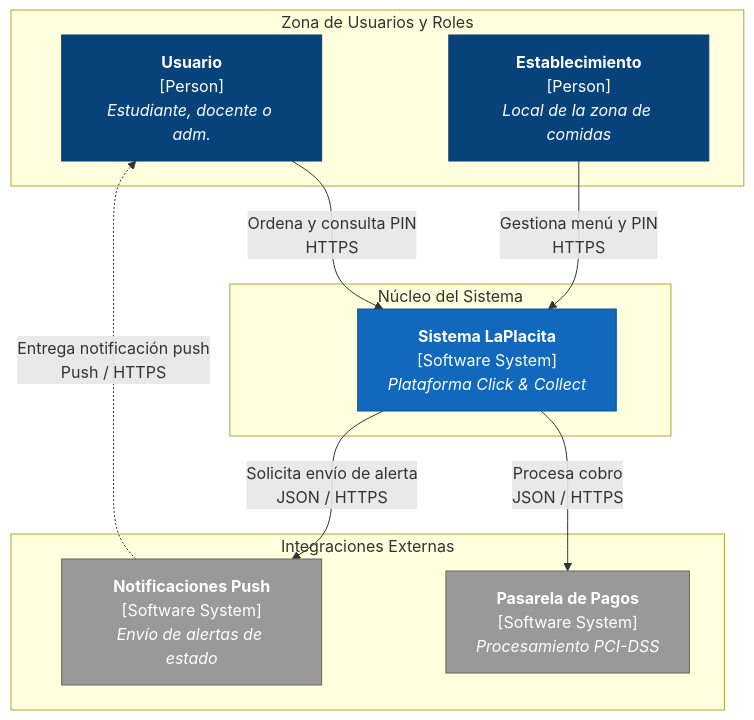
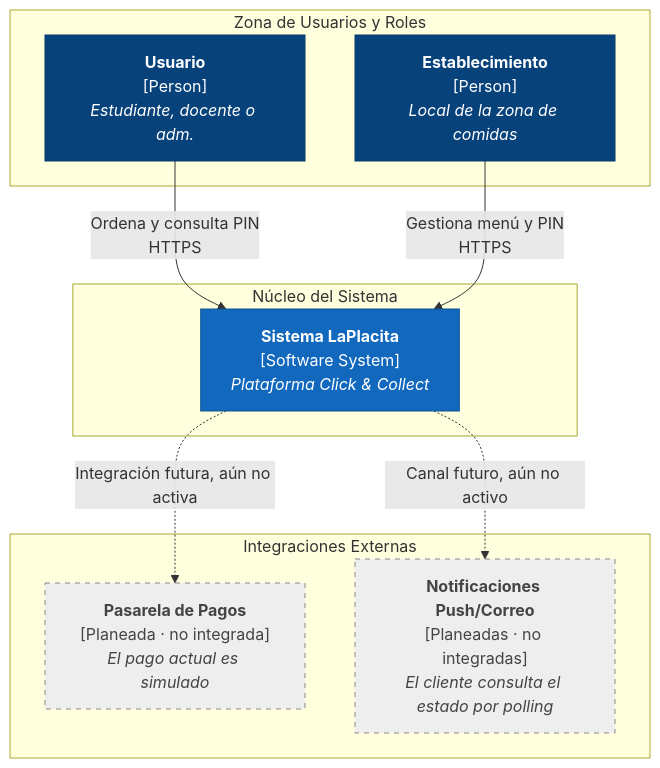
The diagram in docs/c4/contexto.md (ISCOUTB/AS_202620_LaPlacita), drawn with Mermaid before and after one commit. The commit also changed 30 other files, not shown here.

````diff
--- a/docs/c4/contexto.md
+++ b/docs/c4/contexto.md
@@ -5,28 +5,27 @@
 ```mermaid
 flowchart TD
     classDef person fill:#08427b,stroke:#073b6f,color:#fff;
     classDef system fill:#1168bd,stroke:#0e5296,color:#fff;
     classDef extSystem fill:#999999,stroke:#666666,color:#fff;
+    classDef planned fill:#eeeeee,stroke:#888888,color:#444444,stroke-dasharray: 5 5;
 
     subgraph b0 ["Zona de Usuarios y Roles"]
         usuario["<b>Usuario</b><br/>[Person]<br/><i>Estudiante, docente o adm.</i>"]:::person
         establecimiento["<b>Establecimiento</b><br/>[Person]<br/><i>Local de la zona de comidas</i>"]:::person
     end
 
     subgraph b1 ["Núcleo del Sistema"]
         laPlacita["<b>Sistema LaPlacita</b><br/>[Software System]<br/><i>Plataforma Click & Collect</i>"]:::system
     end
 
     subgraph b2 ["Integraciones Externas"]
-        pago["<b>Pasarela de Pagos</b><br/>[Software System]<br/><i>Procesamiento PCI-DSS</i>"]:::extSystem
-        push["<b>Notificaciones Push</b><br/>[Software System]<br/><i>Envío de alertas de estado</i>"]:::extSystem
+        pago["<b>Pasarela de Pagos</b><br/>[Planeada · no integrada]<br/><i>El pago actual es simulado</i>"]:::planned
+        push["<b>Notificaciones Push/Correo</b><br/>[Planeadas · no integradas]<br/><i>El cliente consulta el estado por polling</i>"]:::planned
     end
 
     usuario -->|Ordena y consulta PIN<br/>HTTPS| laPlacita
     establecimiento -->|Gestiona menú y PIN<br/>HTTPS| laPlacita
 
-    laPlacita -->|Procesa cobro<br/>JSON / HTTPS| pago
-    laPlacita -->|Solicita envío de alerta<br/>JSON / HTTPS| push
-
-    push -.->|Entrega notificación push<br/>Push / HTTPS| usuario
+    laPlacita -.->|Integración futura, aún no activa| pago
+    laPlacita -.->|Canal futuro, aún no activo| push
 ```
````
